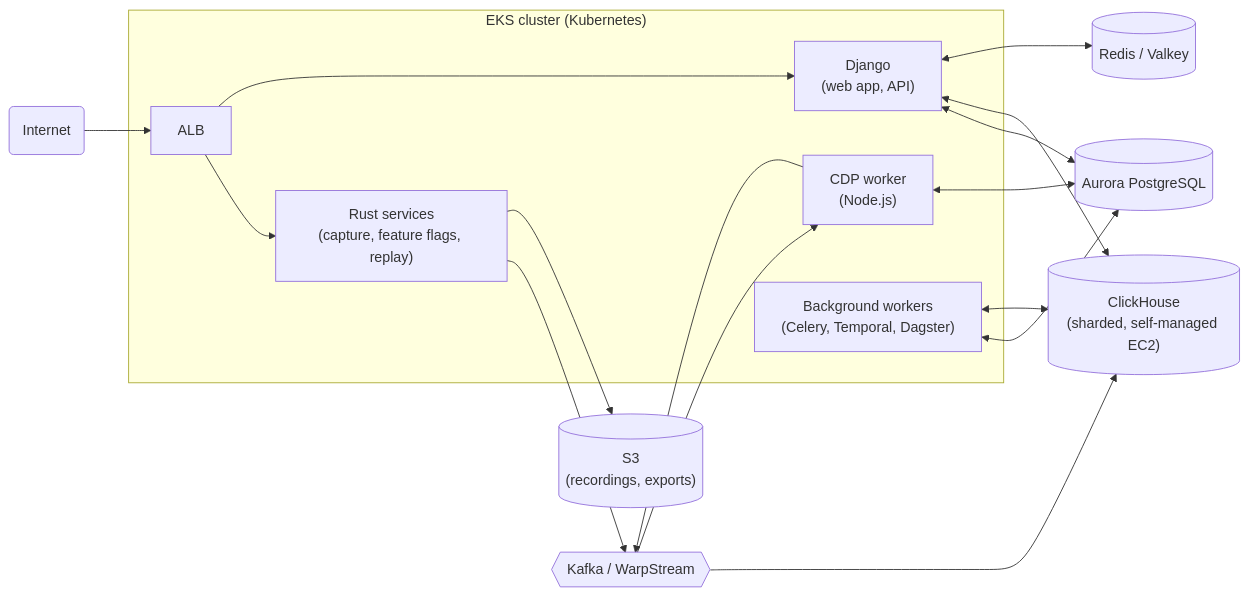
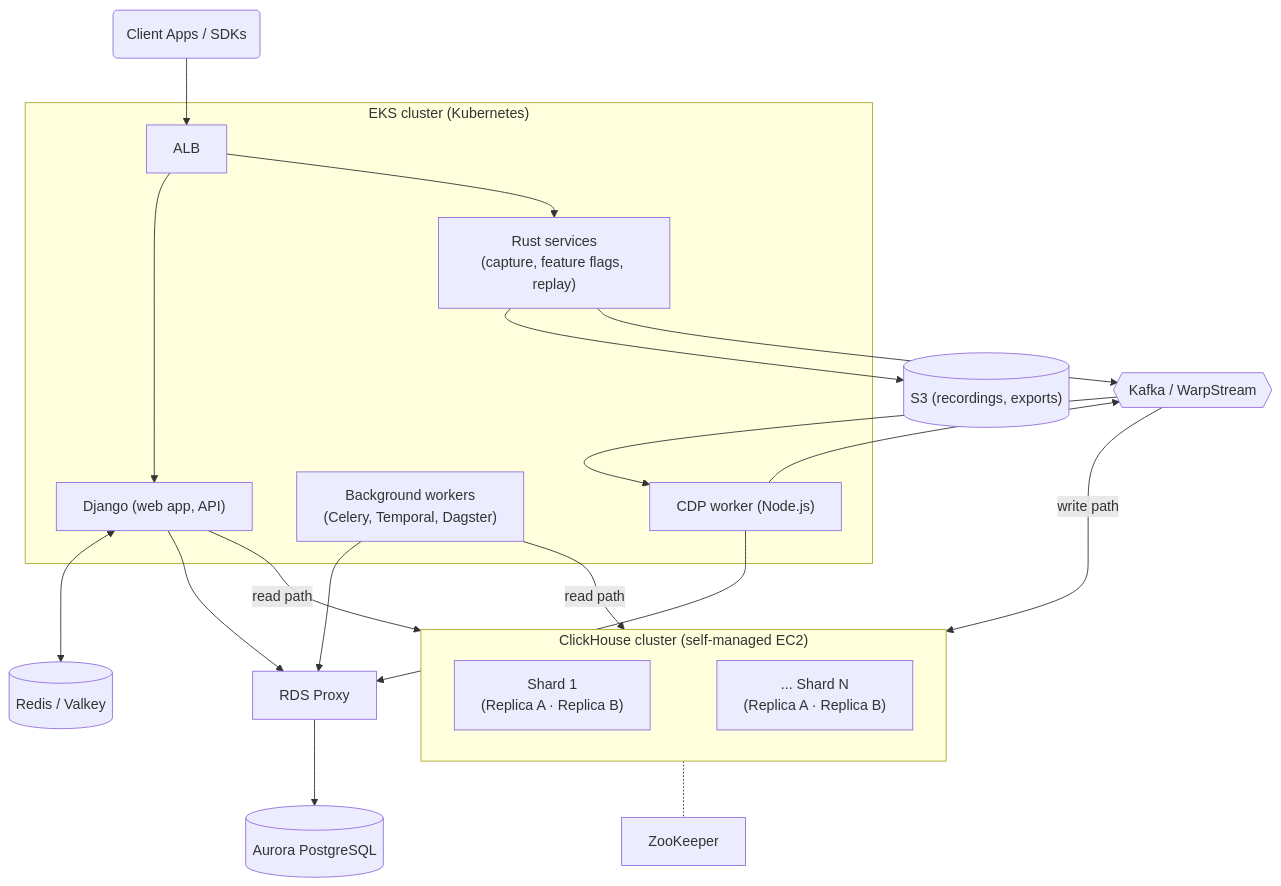
One commit to PostHog/posthog.com changed the third of 3 diagrams in contents/docs/how-posthog-works/index.mdx. Above: the diagram before and after it, drawn with Mermaid. The commit also changed other lines of this file and 2 other files, not shown here.

Commit message:
Fix diagram line crossings and add ClickHouse shard/replica detail

````diff
--- a/contents/docs/how-posthog-works/index.mdx
+++ b/contents/docs/how-posthog-works/index.mdx
@@ -120,29 +81,34 @@
 ```mermaid
-flowchart LR
-    Internet(Internet) --> ALB[ALB]
+flowchart TD
+    ClientApps("Client Apps / SDKs") --> ALB
 
     subgraph EKS ["EKS cluster (Kubernetes)"]
+        ALB --> Django["Django (web app, API)"]
         ALB --> Rust["Rust services<br/>(capture, feature flags, replay)"]
-        ALB --> Django["Django<br/>(web app, API)"]
-        CDP["CDP worker<br/>(Node.js)"]
         Workers["Background workers<br/>(Celery, Temporal, Dagster)"]
+        CDP["CDP worker (Node.js)"]
     end
+
+    Django <--> Redis[("Redis / Valkey")]
+    Rust --> S3[("S3 (recordings, exports)")]
 
     Rust --> Kafka{{Kafka / WarpStream}}
     Kafka --> CDP
     CDP --> Kafka
-    Kafka --> CH
 
-    CH[("ClickHouse<br/>(sharded, self-managed EC2)")]
-    PG[("Aurora PostgreSQL")]
-    Redis[("Redis / Valkey")]
-    S3[("S3<br/>(recordings, exports)")]
+    Django --read path--> CH
+    Workers --read path--> CH
+    Kafka --write path--> CH
 
-    Django <--> PG
-    Django <--> CH
-    Django <--> Redis
-    CDP <--> PG
-    Workers <--> PG
-    Workers <--> CH
-    Rust --> S3
+    subgraph CH ["ClickHouse cluster (self-managed EC2)"]
+        direction LR
+        S1["Shard 1<br/>(Replica A · Replica B)"] ~~~ SN["... Shard N<br/>(Replica A · Replica B)"]
+    end
+
+    CH -.- ZK[ZooKeeper]
+
+    Django --> RDSProxy
+    Workers --> RDSProxy
+    CDP --> RDSProxy
+    RDSProxy[RDS Proxy] --> PG[("Aurora PostgreSQL")]
 ```
````
